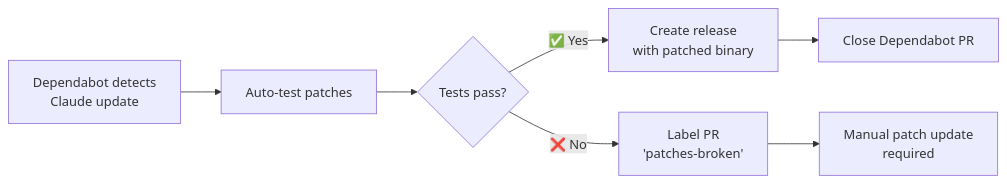
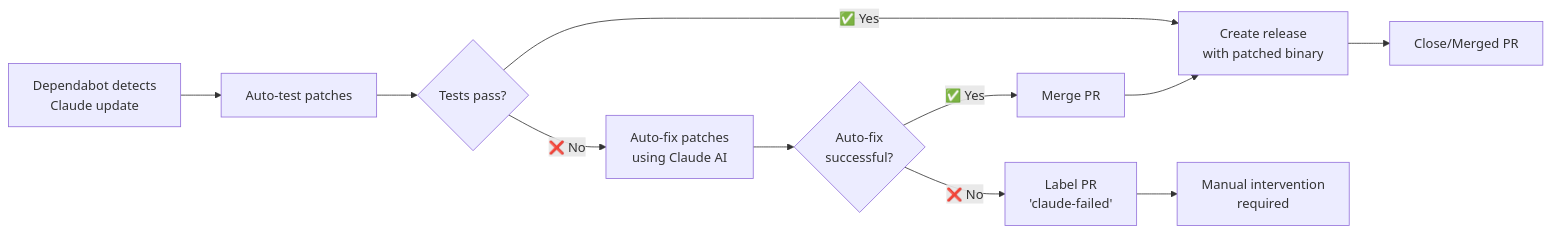
The diagram in README.md (raynaudoe/free-claude), drawn with Mermaid before and after one commit. The commit also changed other lines of this file and 3 other files, not shown here.

````diff
--- a/README.md
+++ b/README.md
@@ -111,9 +136,12 @@
 ```mermaid
 graph LR
     A[Dependabot detects<br/>Claude update] --> B[Auto-test patches]
     B --> C{Tests pass?}
     C -->|✅ Yes| D[Create release<br/>with patched binary]
-    C -->|❌ No| E[Label PR<br/>'patches-broken']
-    D --> F[Close Dependabot PR]
-    E --> G[Manual patch update<br/>required]
+    C -->|❌ No| E[Auto-fix patches<br/>using Claude AI]
+    E --> F{Auto-fix<br/>successful?}
+    F -->|✅ Yes| G[Merge PR] --> D
+    F -->|❌ No| H[Label PR<br/>'claude-failed']
+    D --> I[Close/Merged PR]
+    H --> J[Manual intervention<br/>required]
 ```
````
